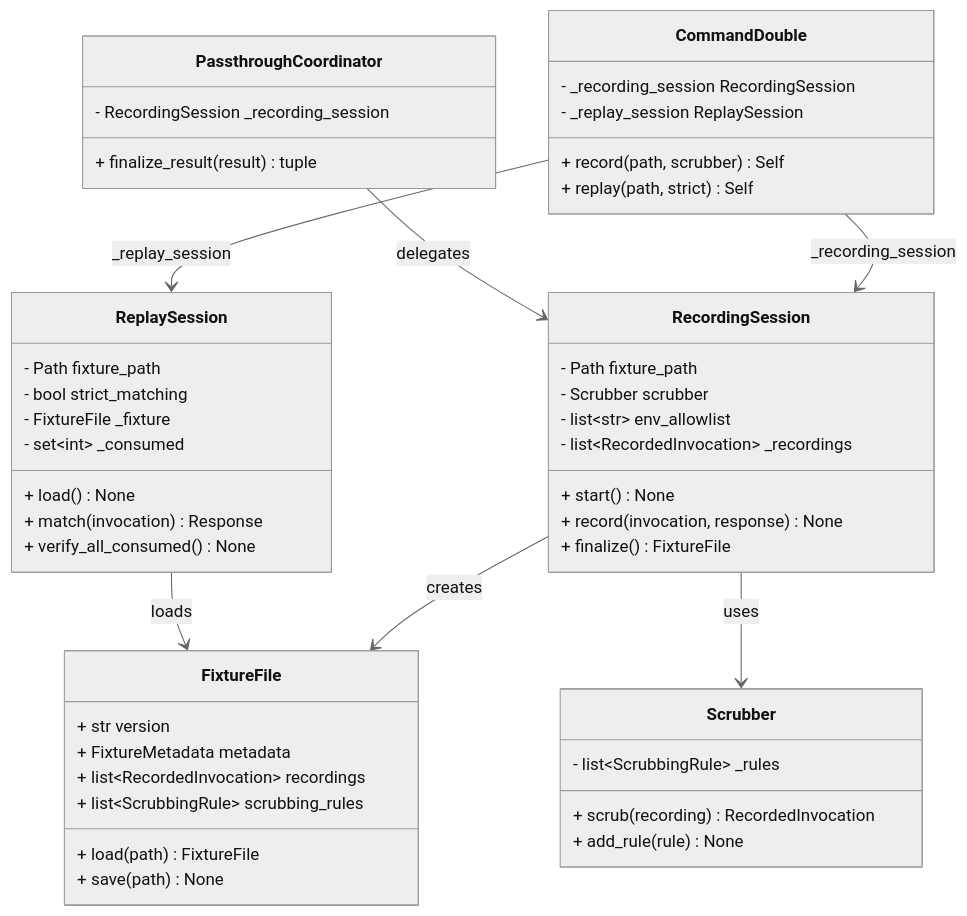
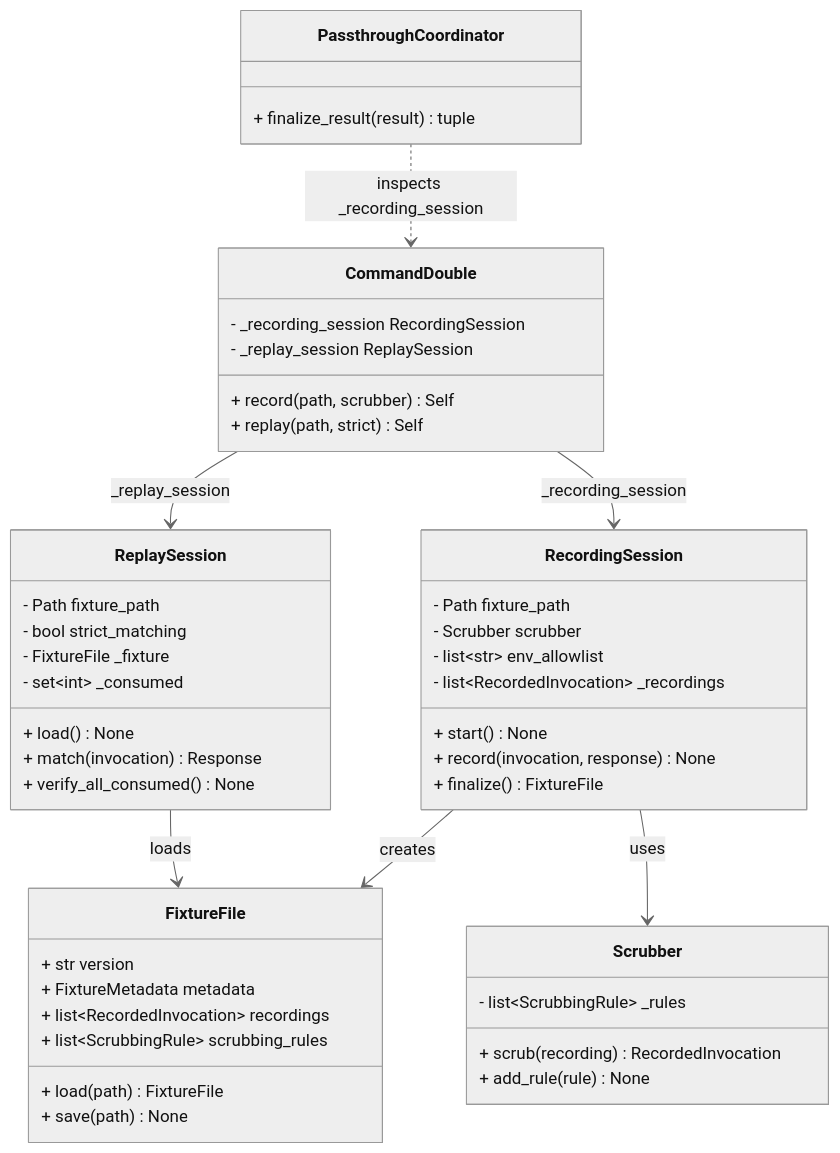
Diagram 27 of 27 in docs/python-native-command-mocking-design.md (leynos/cmd-mox), drawn with Mermaid (neutral theme) before and after one commit. The commit also changed other lines of this file and 15 other files, not shown here.

First line of the commit message:
Add CommandDouble.record() API with coordinator-based recording (#159)

````diff
--- a/docs/python-native-command-mocking-design.md
+++ b/docs/python-native-command-mocking-design.md
@@ -2757,56 +2778,55 @@
 ```mermaid
 classDiagram
     class CommandDouble {
         + record(path, scrubber) Self
         + replay(path, strict) Self
         - _recording_session RecordingSession
         - _replay_session ReplaySession
     }
 
     class RecordingSession {
         - Path fixture_path
         - Scrubber scrubber
         - list~str~ env_allowlist
         - list~RecordedInvocation~ _recordings
         + start() None
         + record(invocation, response) None
         + finalize() FixtureFile
     }
 
     class ReplaySession {
         - Path fixture_path
         - bool strict_matching
         - FixtureFile _fixture
         - set~int~ _consumed
         + load() None
         + match(invocation) Response
         + verify_all_consumed() None
     }
 
     class FixtureFile {
         + str version
         + FixtureMetadata metadata
         + list~RecordedInvocation~ recordings
         + list~ScrubbingRule~ scrubbing_rules
         + load(path) FixtureFile
         + save(path) None
     }
 
     class Scrubber {
         - list~ScrubbingRule~ _rules
         + scrub(recording) RecordedInvocation
         + add_rule(rule) None
     }
 
     class PassthroughCoordinator {
-        - RecordingSession _recording_session
         + finalize_result(result) tuple
     }
 
     CommandDouble --> RecordingSession : _recording_session
     CommandDouble --> ReplaySession : _replay_session
     RecordingSession --> FixtureFile : creates
     RecordingSession --> Scrubber : uses
     ReplaySession --> FixtureFile : loads
-    PassthroughCoordinator --> RecordingSession : delegates
+    PassthroughCoordinator ..> CommandDouble : inspects _recording_session
 ```
````
